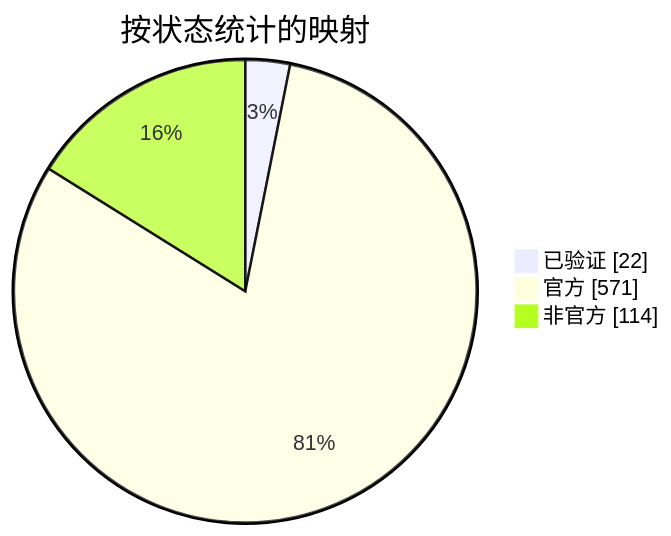
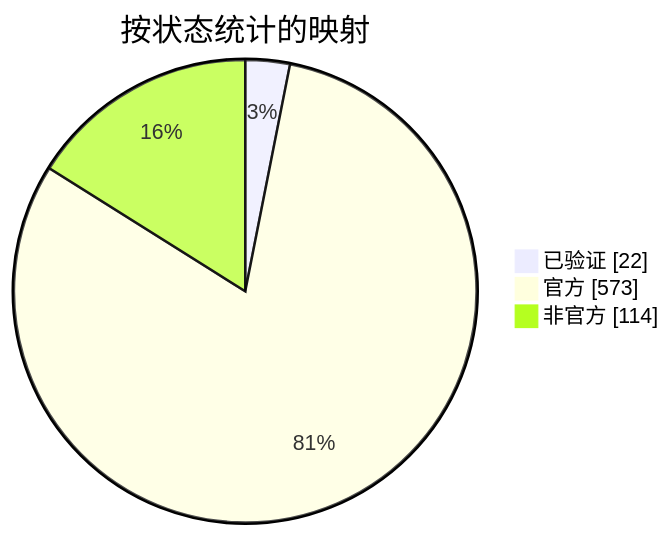
Before and after one commit to nobrega8/mbmap-library: the diagram in docs/readme/README_ZHS.md, drawn with Mermaid. The commit also changed 7 other files, not shown here.

````diff
--- a/docs/readme/README_ZHS.md
+++ b/docs/readme/README_ZHS.md
@@ -54,7 +54,7 @@
 ```mermaid
 pie showData
     title 按状态统计的映射
     "已验证" : 22
-    "官方" : 571
+    "官方" : 573
     "非官方" : 114
 ```
````
